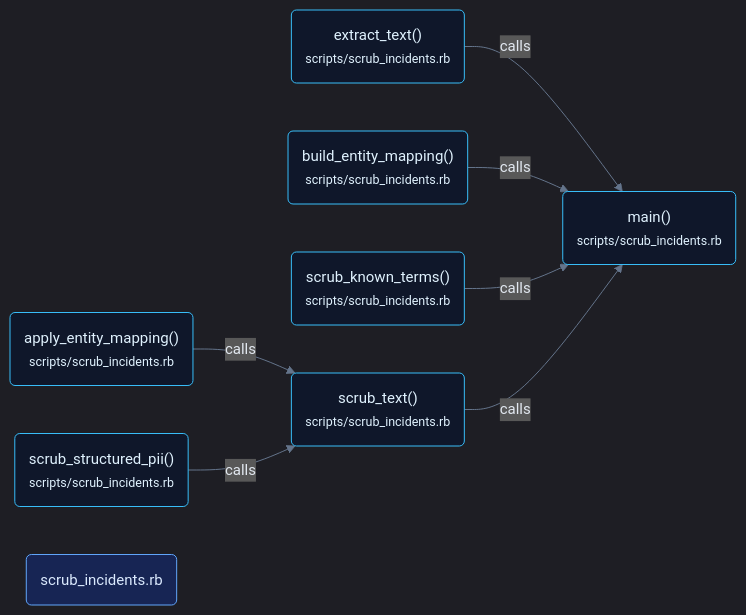
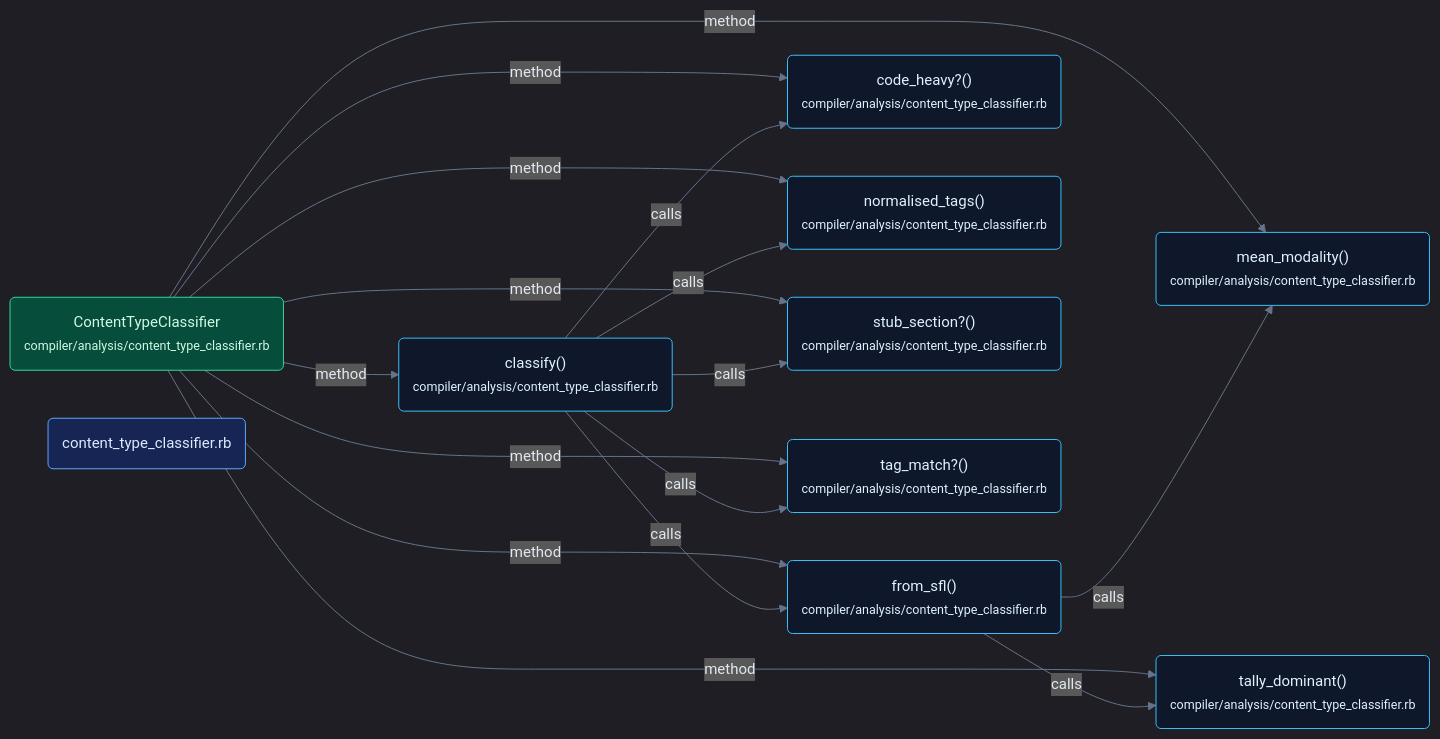
Before and after one commit to b08x/ruby-sfl-compiler: the diagram in docs/diagrams/callflow_11.mmd, drawn with Mermaid. The commit also changed 26 other files, not shown here.

First line of the commit message:
📝 docs: document modules, update architecture and roadmap

```diff
--- a/docs/diagrams/callflow_11.mmd
+++ b/docs/diagrams/callflow_11.mmd
@@ -1,34 +1,47 @@
 %%{init: {"theme": "dark", "themeVariables": {"fontSize": "15.0px", "fontFamily": "Segoe UI, system-ui, sans-serif", "primaryColor": "#1e293b", "primaryTextColor": "#e2e8f0", "primaryBorderColor": "#38bdf8", "secondaryColor": "#0f172a", "tertiaryColor": "#334155", "lineColor": "#64748b", "textColor": "#e2e8f0"}, "flowchart": {"htmlLabels": true, "curve": "basis", "nodeSpacing": 48, "rankSpacing": 64, "padding": 14, "diagramPadding": 10, "useMaxWidth": true}}}%%
 flowchart LR
-    %% Section: Database & Migrations (8 nodes, 13 edges)
-    scripts_scrub_incidents_apply_entity_mapping_f8fb1efd("apply_entity_mapping()<br/><small>scripts/scrub_incidents.rb</small>")
-    scripts_scrub_incidents_build_entity_mapping_b17a3cec("build_entity_mapping()<br/><small>scripts/scrub_incidents.rb</small>")
-    scripts_scrub_incidents_extract_text_23940f12("extract_text()<br/><small>scripts/scrub_incidents.rb</small>")
-    scripts_scrub_incidents_scrub_known_terms_4f3cb32f("scrub_known_terms()<br/><small>scripts/scrub_incidents.rb</small>")
-    scripts_scrub_incidents_scrub_structured_pii_2c510e14("scrub_structured_pii()<br/><small>scripts/scrub_incidents.rb</small>")
-    scripts_scrub_incidents_main_845d37d9("main()<br/><small>scripts/scrub_incidents.rb</small>")
-    scripts_scrub_incidents_scrub_text_d4ba3010("scrub_text()<br/><small>scripts/scrub_incidents.rb</small>")
-    scripts_scrub_incidents_1ccb66f6("scrub_incidents.rb")
-    scripts_scrub_incidents_extract_text_23940f12 -->|calls| scripts_scrub_incidents_main_845d37d9
-    scripts_scrub_incidents_build_entity_mapping_b17a3cec -->|calls| scripts_scrub_incidents_main_845d37d9
-    scripts_scrub_incidents_apply_entity_mapping_f8fb1efd -->|calls| scripts_scrub_incidents_scrub_text_d4ba3010
-    scripts_scrub_incidents_scrub_structured_pii_2c510e14 -->|calls| scripts_scrub_incidents_scrub_text_d4ba3010
-    scripts_scrub_incidents_scrub_known_terms_4f3cb32f -->|calls| scripts_scrub_incidents_main_845d37d9
-    scripts_scrub_incidents_scrub_text_d4ba3010 -->|calls| scripts_scrub_incidents_main_845d37d9
-    class scripts_scrub_incidents_apply_entity_mapping_f8fb1efd function;
-    class scripts_scrub_incidents_build_entity_mapping_b17a3cec function;
-    class scripts_scrub_incidents_extract_text_23940f12 function;
-    class scripts_scrub_incidents_scrub_known_terms_4f3cb32f function;
-    class scripts_scrub_incidents_scrub_structured_pii_2c510e14 function;
-    class scripts_scrub_incidents_main_845d37d9 function;
-    class scripts_scrub_incidents_scrub_text_d4ba3010 function;
-    class scripts_scrub_incidents_1ccb66f6 module;
+    %% Section: Tenor Tracking (10 nodes, 16 edges)
+    analysis_content_type_classifier_contenttypeclas_99739b34("ContentTypeClassifier<br/><small>compiler/analysis/content_type_classifier.rb</small>")
+    analysis_content_type_classifier_contenttypeclas_cb7f1ad5("classify()<br/><small>compiler/analysis/content_type_classifier.rb</small>")
+    analysis_content_type_classifier_contenttypeclas_a8fc7a11("from_sfl()<br/><small>compiler/analysis/content_type_classifier.rb</small>")
+    analysis_content_type_classifier_contenttypeclas_1eca4093("code_heavy?()<br/><small>compiler/analysis/content_type_classifier.rb</small>")
+    analysis_content_type_classifier_contenttypeclas_e870551d("mean_modality()<br/><small>compiler/analysis/content_type_classifier.rb</small>")
+    analysis_content_type_classifier_contenttypeclas_e60e35af("normalised_tags()<br/><small>compiler/analysis/content_type_classifier.rb</small>")
+    analysis_content_type_classifier_contenttypeclas_5aab3643("stub_section?()<br/><small>compiler/analysis/content_type_classifier.rb</small>")
+    analysis_content_type_classifier_contenttypeclas_d5ffb021("tag_match?()<br/><small>compiler/analysis/content_type_classifier.rb</small>")
+    analysis_content_type_classifier_contenttypeclas_65faac40("tally_dominant()<br/><small>compiler/analysis/content_type_classifier.rb</small>")
+    analysis_content_type_classifier_f8268382("content_type_classifier.rb")
+    analysis_content_type_classifier_contenttypeclas_99739b34 -->|method| analysis_content_type_classifier_contenttypeclas_cb7f1ad5
+    analysis_content_type_classifier_contenttypeclas_99739b34 -->|method| analysis_content_type_classifier_contenttypeclas_1eca4093
+    analysis_content_type_classifier_contenttypeclas_99739b34 -->|method| analysis_content_type_classifier_contenttypeclas_a8fc7a11
+    analysis_content_type_classifier_contenttypeclas_99739b34 -->|method| analysis_content_type_classifier_contenttypeclas_e870551d
+    analysis_content_type_classifier_contenttypeclas_99739b34 -->|method| analysis_content_type_classifier_contenttypeclas_e60e35af
+    analysis_content_type_classifier_contenttypeclas_99739b34 -->|method| analysis_content_type_classifier_contenttypeclas_5aab3643
+    analysis_content_type_classifier_contenttypeclas_99739b34 -->|method| analysis_content_type_classifier_contenttypeclas_d5ffb021
+    analysis_content_type_classifier_contenttypeclas_99739b34 -->|method| analysis_content_type_classifier_contenttypeclas_65faac40
+    analysis_content_type_classifier_contenttypeclas_cb7f1ad5 -->|calls| analysis_content_type_classifier_contenttypeclas_1eca4093
+    analysis_content_type_classifier_contenttypeclas_cb7f1ad5 -->|calls| analysis_content_type_classifier_contenttypeclas_a8fc7a11
+    analysis_content_type_classifier_contenttypeclas_cb7f1ad5 -->|calls| analysis_content_type_classifier_contenttypeclas_e60e35af
+    analysis_content_type_classifier_contenttypeclas_cb7f1ad5 -->|calls| analysis_content_type_classifier_contenttypeclas_5aab3643
+    analysis_content_type_classifier_contenttypeclas_cb7f1ad5 -->|calls| analysis_content_type_classifier_contenttypeclas_d5ffb021
+    analysis_content_type_classifier_contenttypeclas_a8fc7a11 -->|calls| analysis_content_type_classifier_contenttypeclas_e870551d
+    analysis_content_type_classifier_contenttypeclas_a8fc7a11 -->|calls| analysis_content_type_classifier_contenttypeclas_65faac40
+    class analysis_content_type_classifier_contenttypeclas_99739b34 klass;
+    class analysis_content_type_classifier_contenttypeclas_cb7f1ad5 function;
+    class analysis_content_type_classifier_contenttypeclas_a8fc7a11 function;
+    class analysis_content_type_classifier_contenttypeclas_1eca4093 function;
+    class analysis_content_type_classifier_contenttypeclas_e870551d function;
+    class analysis_content_type_classifier_contenttypeclas_e60e35af function;
+    class analysis_content_type_classifier_contenttypeclas_5aab3643 function;
+    class analysis_content_type_classifier_contenttypeclas_d5ffb021 function;
+    class analysis_content_type_classifier_contenttypeclas_65faac40 function;
+    class analysis_content_type_classifier_f8268382 module;
     classDef entry fill:#422006,stroke:#fbbf24,color:#fde68a,stroke-width:1px;
     classDef api fill:#450a0a,stroke:#f87171,color:#fee2e2,stroke-width:1px;
     classDef async fill:#2e1065,stroke:#a78bfa,color:#ede9fe,stroke-width:1px;
     classDef klass fill:#064e3b,stroke:#34d399,color:#d1fae5,stroke-width:1px;
     classDef ui fill:#831843,stroke:#f472b6,color:#fce7f3,stroke-width:1px;
     classDef module fill:#172554,stroke:#60a5fa,color:#dbeafe,stroke-width:1px;
     classDef test fill:#3f3f46,stroke:#a1a1aa,color:#f4f4f5,stroke-width:1px;
     classDef concept fill:#292524,stroke:#a8a29e,color:#fafaf9,stroke-dasharray:4 3;
     classDef function fill:#0f172a,stroke:#38bdf8,color:#e0f2fe,stroke-width:1px;
```
